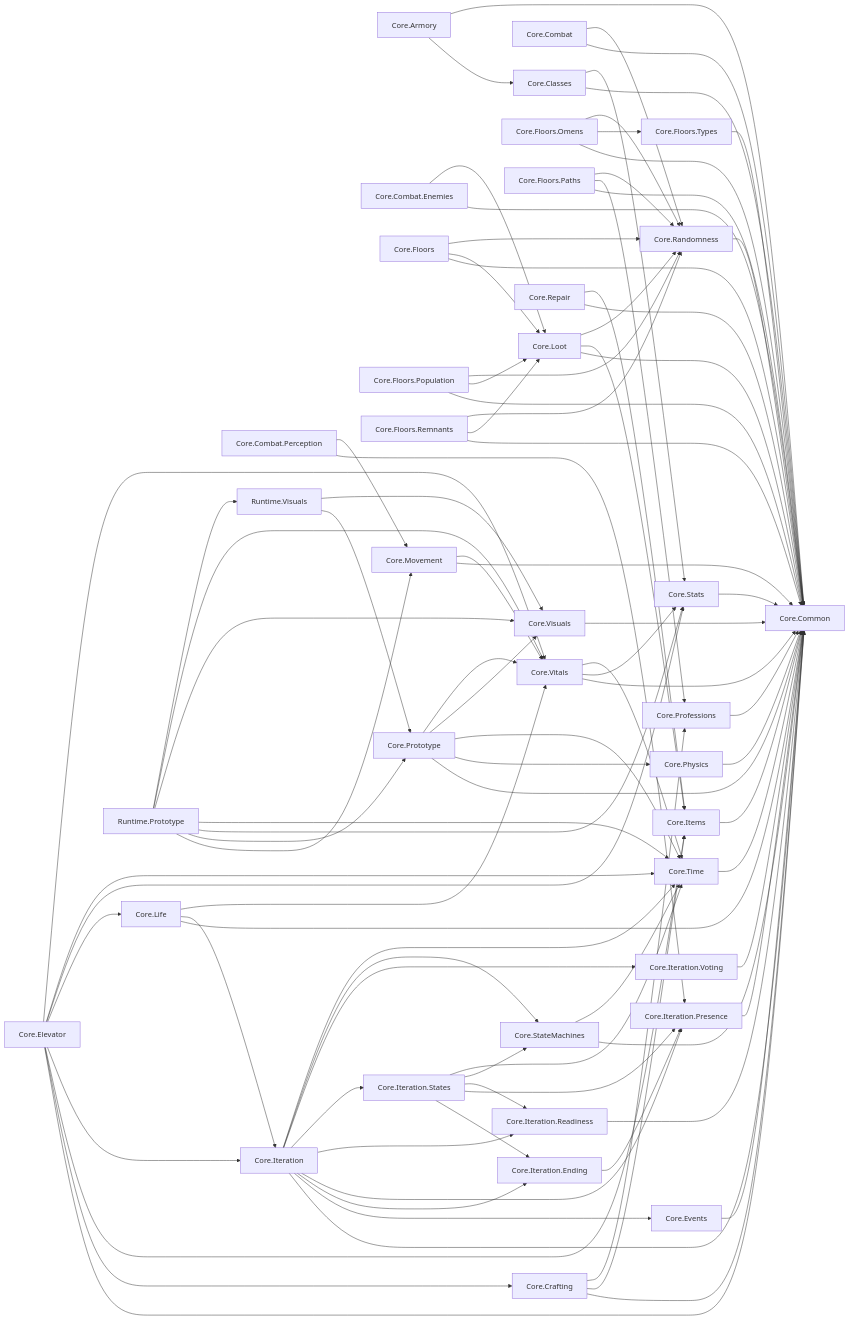
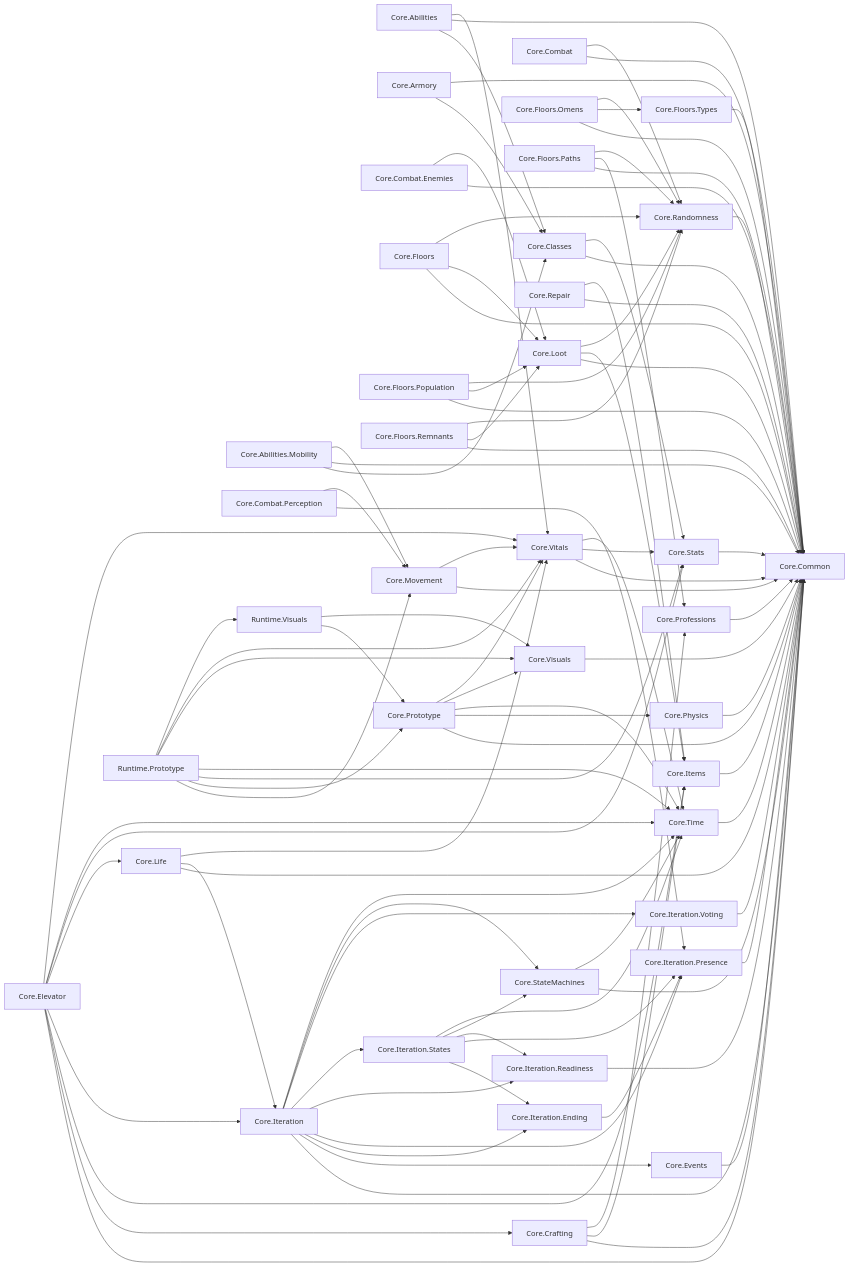
Before and after one commit to LazaroPol/Acensor: the diagram in docs/arquitectura/GRAFO.md, drawn with Mermaid. The commit also changed 23 other files, not shown here.

````diff
--- a/docs/arquitectura/GRAFO.md
+++ b/docs/arquitectura/GRAFO.md
@@ -5,76 +5,80 @@
 ```mermaid
 flowchart LR
-  n0["Core.Armory"]
-  n1["Core.Classes"]
-  n2["Core.Combat"]
-  n3["Core.Combat.Enemies"]
-  n4["Core.Combat.Perception"]
-  n5["Core.Common"]
-  n6["Core.Crafting"]
-  n7["Core.Elevator"]
-  n8["Core.Events"]
-  n9["Core.Floors"]
-  n10["Core.Floors.Omens"]
-  n11["Core.Floors.Paths"]
-  n12["Core.Floors.Population"]
-  n13["Core.Floors.Remnants"]
-  n14["Core.Floors.Types"]
-  n15["Core.Items"]
-  n16["Core.Iteration"]
-  n17["Core.Iteration.Ending"]
-  n18["Core.Iteration.Presence"]
-  n19["Core.Iteration.Readiness"]
-  n20["Core.Iteration.States"]
-  n21["Core.Iteration.Voting"]
-  n22["Core.Life"]
-  n23["Core.Loot"]
-  n24["Core.Movement"]
-  n25["Core.Physics"]
-  n26["Core.Professions"]
-  n27["Core.Prototype"]
-  n28["Core.Randomness"]
-  n29["Core.Repair"]
-  n30["Core.StateMachines"]
-  n31["Core.Stats"]
-  n32["Core.Time"]
-  n33["Core.Visuals"]
-  n34["Core.Vitals"]
-  n35["Runtime.Prototype"]
-  n36["Runtime.Visuals"]
-  n0 --> n1 & n5
-  n1 --> n5 & n31
-  n2 --> n5 & n28
-  n3 --> n5 & n23
-  n4 --> n18 & n24
-  n6 --> n5 & n15 & n26
-  n7 --> n5 & n6 & n15 & n16 & n22 & n31 & n32 & n34
-  n8 --> n5
-  n9 --> n5 & n23 & n28
-  n10 --> n5 & n14 & n28
-  n11 --> n5 & n26 & n28
-  n12 --> n5 & n23 & n28
-  n13 --> n5 & n23 & n28
-  n14 --> n5
-  n15 --> n5
-  n16 --> n5 & n8 & n17 & n18 & n19 & n20 & n21 & n30 & n32
-  n17 --> n18
-  n18 --> n5
-  n19 --> n5
-  n20 --> n17 & n18 & n19 & n30 & n32
-  n21 --> n5
-  n22 --> n5 & n16 & n34
-  n23 --> n5 & n15 & n28
-  n24 --> n5 & n34
-  n25 --> n5
-  n26 --> n5
-  n27 --> n5 & n25 & n32 & n33 & n34
-  n28 --> n5
-  n29 --> n5 & n15
-  n30 --> n5 & n32
-  n31 --> n5
-  n32 --> n5
-  n33 --> n5
-  n34 --> n5 & n31 & n32
-  n35 --> n24 & n27 & n31 & n32 & n33 & n34 & n36
-  n36 --> n27 & n33
+  n0["Core.Abilities"]
+  n1["Core.Abilities.Mobility"]
+  n2["Core.Armory"]
+  n3["Core.Classes"]
+  n4["Core.Combat"]
+  n5["Core.Combat.Enemies"]
+  n6["Core.Combat.Perception"]
+  n7["Core.Common"]
+  n8["Core.Crafting"]
+  n9["Core.Elevator"]
+  n10["Core.Events"]
+  n11["Core.Floors"]
+  n12["Core.Floors.Omens"]
+  n13["Core.Floors.Paths"]
+  n14["Core.Floors.Population"]
+  n15["Core.Floors.Remnants"]
+  n16["Core.Floors.Types"]
+  n17["Core.Items"]
+  n18["Core.Iteration"]
+  n19["Core.Iteration.Ending"]
+  n20["Core.Iteration.Presence"]
+  n21["Core.Iteration.Readiness"]
+  n22["Core.Iteration.States"]
+  n23["Core.Iteration.Voting"]
+  n24["Core.Life"]
+  n25["Core.Loot"]
+  n26["Core.Movement"]
+  n27["Core.Physics"]
+  n28["Core.Professions"]
+  n29["Core.Prototype"]
+  n30["Core.Randomness"]
+  n31["Core.Repair"]
+  n32["Core.StateMachines"]
+  n33["Core.Stats"]
+  n34["Core.Time"]
+  n35["Core.Visuals"]
+  n36["Core.Vitals"]
+  n37["Runtime.Prototype"]
+  n38["Runtime.Visuals"]
+  n0 --> n3 & n7 & n36
+  n1 --> n3 & n7 & n26
+  n2 --> n3 & n7
+  n3 --> n7 & n33
+  n4 --> n7 & n30
+  n5 --> n7 & n25
+  n6 --> n20 & n26
+  n8 --> n7 & n17 & n28
+  n9 --> n7 & n8 & n17 & n18 & n24 & n33 & n34 & n36
+  n10 --> n7
+  n11 --> n7 & n25 & n30
+  n12 --> n7 & n16 & n30
+  n13 --> n7 & n28 & n30
+  n14 --> n7 & n25 & n30
+  n15 --> n7 & n25 & n30
+  n16 --> n7
+  n17 --> n7
+  n18 --> n7 & n10 & n19 & n20 & n21 & n22 & n23 & n32 & n34
+  n19 --> n20
+  n20 --> n7
+  n21 --> n7
+  n22 --> n19 & n20 & n21 & n32 & n34
+  n23 --> n7
+  n24 --> n7 & n18 & n36
+  n25 --> n7 & n17 & n30
+  n26 --> n7 & n36
+  n27 --> n7
+  n28 --> n7
+  n29 --> n7 & n27 & n34 & n35 & n36
+  n30 --> n7
+  n31 --> n7 & n17
+  n32 --> n7 & n34
+  n33 --> n7
+  n34 --> n7
+  n35 --> n7
+  n36 --> n7 & n33 & n34
+  n37 --> n26 & n29 & n33 & n34 & n35 & n36 & n38
+  n38 --> n29 & n35
 ```
````
